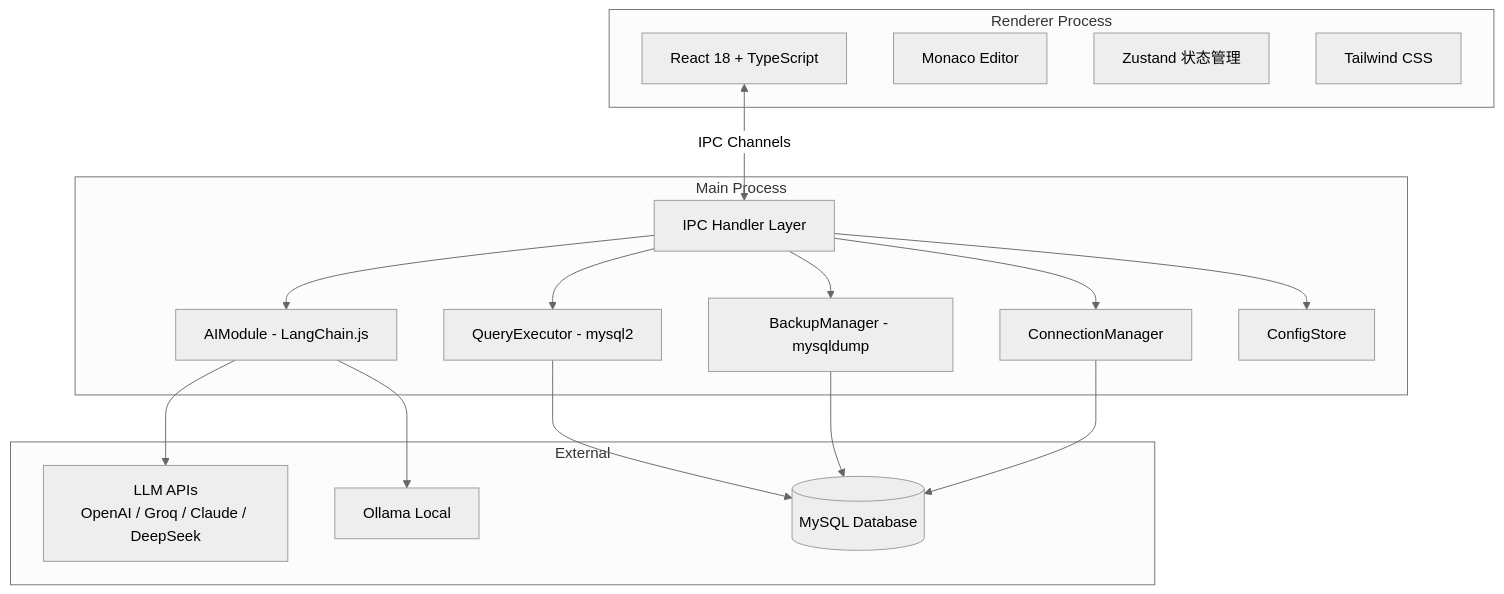
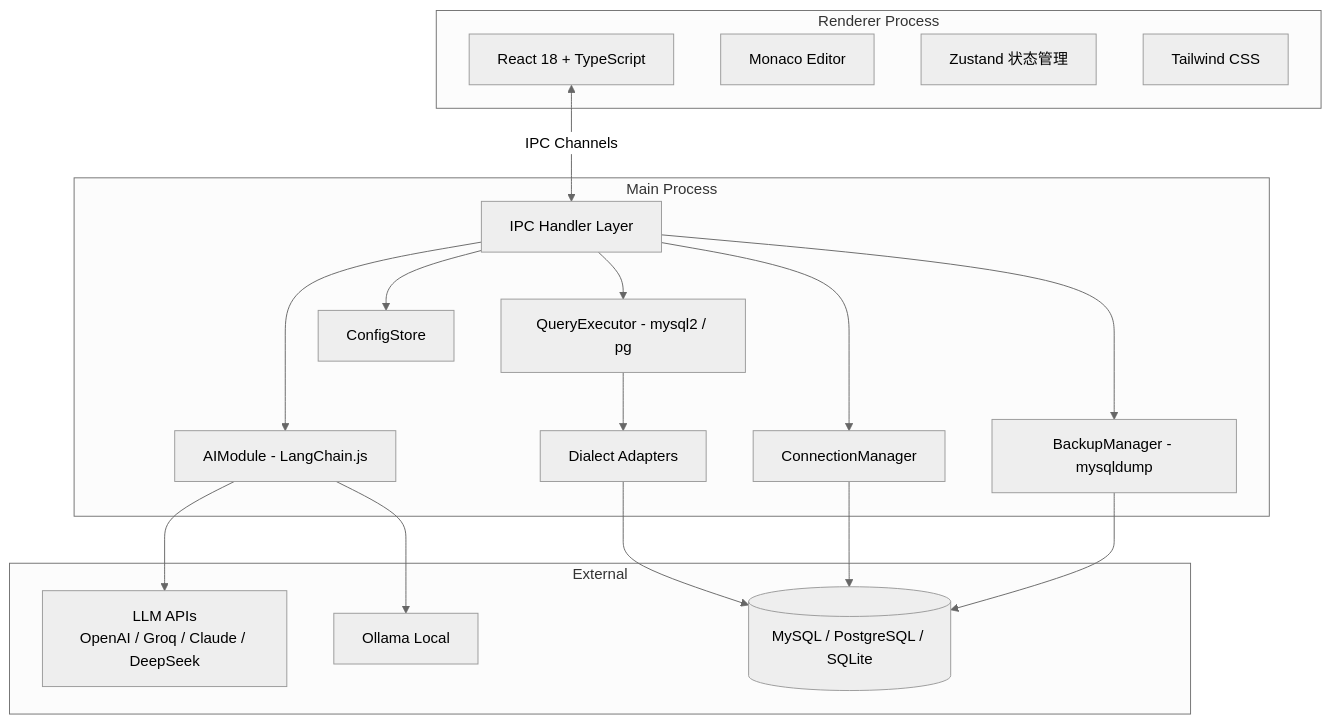
One commit to fengjutian/DBForge_AI changed the diagram in README.md. Above: the diagram before and after it, drawn with Mermaid (neutral theme). The commit also changed other lines of this file and 4 other files, not shown here.

First line of the commit message:
feat(SchemaBrowser): add toggle functionality for expanded rows and update button text

````diff
--- a/README.md
+++ b/README.md
@@ -162,36 +187,38 @@
 ```mermaid
 graph TB
     subgraph "Renderer Process"
         REACT[React 18 + TypeScript]
         MONACO[Monaco Editor]
         ZUSTAND[Zustand 状态管理]
         TAILWIND[Tailwind CSS]
     end
 
     subgraph "Main Process"
         IPC[IPC Handler Layer]
         AI[AIModule - LangChain.js]
-        QUERY[QueryExecutor - mysql2]
+        DIALECT[Dialect Adapters]
+        QUERY[QueryExecutor - mysql2 / pg]
         BACKUP[BackupManager - mysqldump]
         CONN[ConnectionManager]
         CONFIG[ConfigStore]
     end
 
     subgraph "External"
         LLM[LLM APIs<br/>OpenAI / Groq / Claude / DeepSeek]
         OLLAMA[Ollama Local]
-        MYSQL[(MySQL Database)]
+        DB[(MySQL / PostgreSQL / SQLite)]
     end
 
     REACT <-->|IPC Channels| IPC
     IPC --> AI
     IPC --> QUERY
     IPC --> BACKUP
     IPC --> CONN
     IPC --> CONFIG
+    QUERY --> DIALECT
+    DIALECT --> DB
     AI --> LLM
     AI --> OLLAMA
-    QUERY --> MYSQL
-    BACKUP --> MYSQL
-    CONN --> MYSQL
+    CONN --> DB
+    BACKUP --> DB
 ```
````
